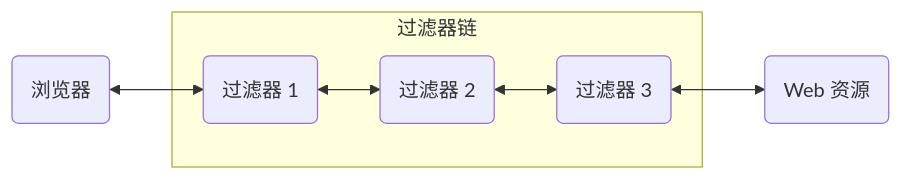
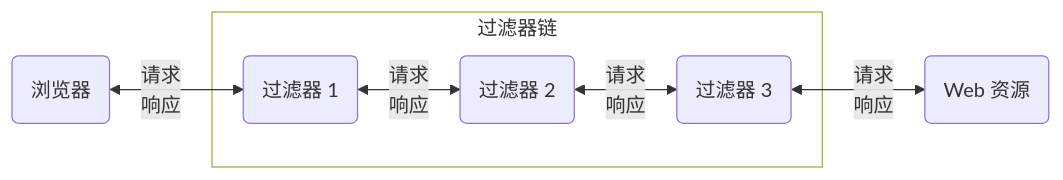
One commit to domeniczz/learnJavaDev changed the seventh of 7 diagrams in Basics/Web开发基础.md. Above: the diagram before and after it, drawn with Mermaid. The commit also changed other lines of this file and 6 other files, not shown here.

````diff
--- a/Basics/Web开发基础.md
+++ b/Basics/Web开发基础.md
@@ -3610,9 +3992,11 @@
 ```mermaid
 flowchart LR
-  A("浏览器") <--> B("过滤器 1")
+  A("浏览器") <--"请求<br/>响应"--> B("过滤器 1")
   subgraph 过滤器链
-    B <--> C("过滤器 2")
-    C <--> D("过滤器 3")
+    B <--"请求<br/>响应"--> C("过滤器 2")
+    C <--"请求<br/>响应"--> D("过滤器 3")
   end
-  D <--> E("Web 资源")
+  D <--"请求<br/>响应"--> E("Web 资源")
+  classDef subgraphstyle fill:transparent
+  class 过滤器链 subgraphstyle
 ```
````
